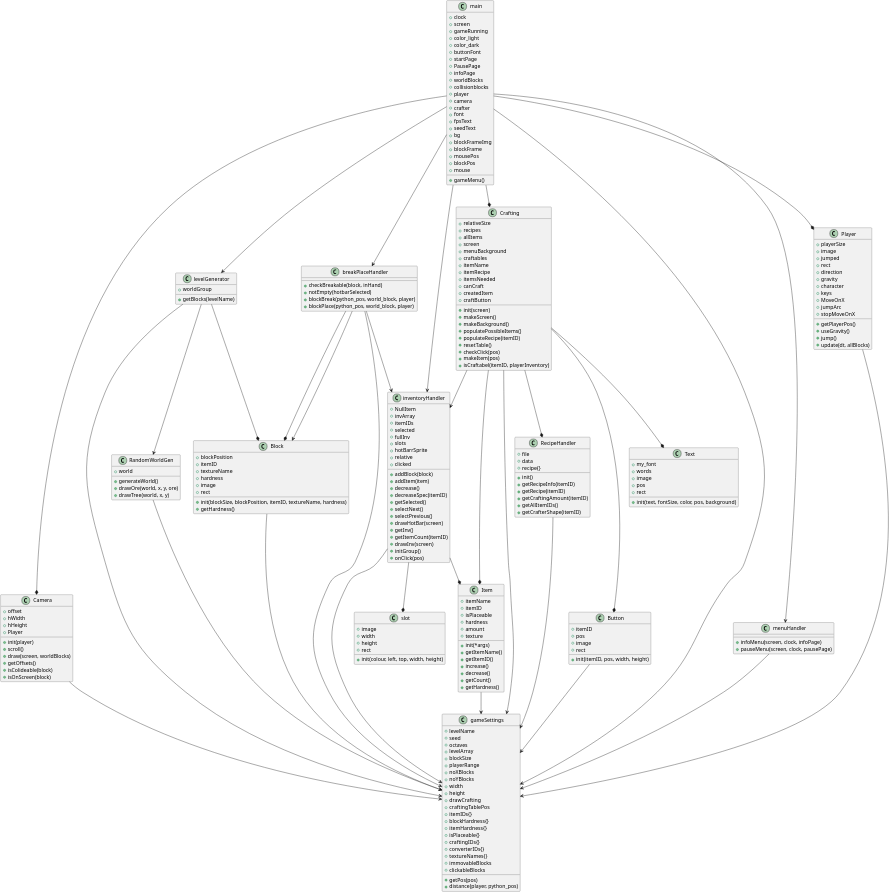
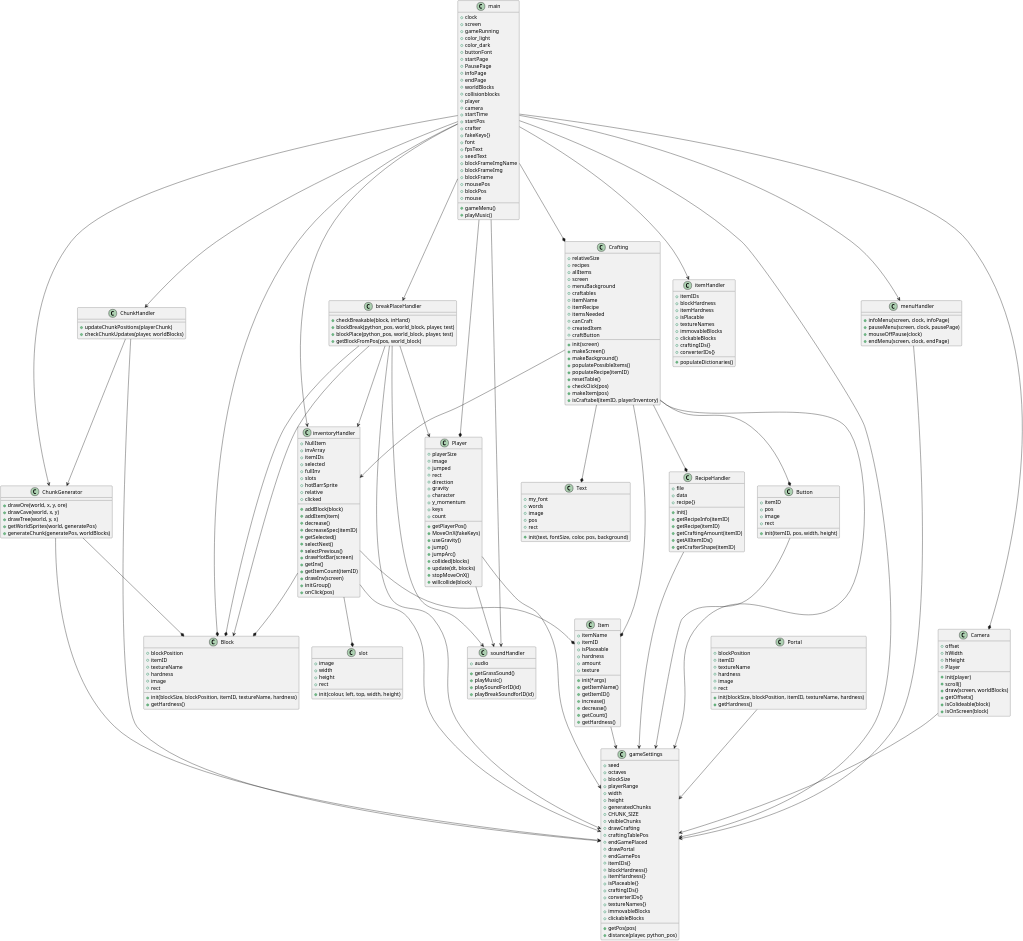
The diagram in Diagrams/Class.puml (2333263/ScrumDogMillionaires), drawn with PlantUML before and after one commit. The commit also changed 5 other files, not shown here.

Commit message:
Updated the class diagram and took out unused imports

```diff
--- a/Diagrams/Class.puml
+++ b/Diagrams/Class.puml
@@ -14,9 +14,9 @@
 
 class breakPlaceHandler {
     +checkBreakable(block, inHand)
-    +notEmpty(hotbarSelected)
-    +blockBreak(python_pos, world_block, player)
-    +blockPlace(python_pos, world_block, player)
+    +blockBreak(python_pos, world_block, player, test)
+    +blockPlace(python_pos, world_block, player, test)
+    +getBlockFromPos(pos, world_block)
 }
 
 class Camera {
@@ -30,6 +30,19 @@
     +getOffsets()
     +isColideable(block)
     +isOnScreen(block)
+}
+
+class ChunkGenerator {
+    +drawOre(world, x, y, ore)
+    +drawCave(world, x, y)
+    +drawTree(world, y, x)
+    +getWorldSprites(world, generatePos)
+    +generateChunk(generatePos, worldBlocks)
+}
+
+class ChunkHandler {
+    +updateChunkPositions(playerChunk)
+    +checkChunkUpdates(player, worldBlocks)
 }
 
 class Button {
@@ -65,18 +78,20 @@
 }
 
 class gameSettings {
-    +levelName
-    +seed 
-    +octaves
-    +levelArray
-    +blockSize
-    +playerRange
-    +noXBlocks
-    +noYBlocks
-    +width
-    +height
-    +drawCrafting
-    +craftingTablePos
+    +seed
+    +octaves 
+    +blockSize 
+    +playerRange 
+    +width 
+    +height 
+    +generatedChunks 
+    +CHUNK_SIZE 
+    +visibleChunks
+    +drawCrafting 
+    +craftingTablePos 
+    +endGamePlaced 
+    +drawPortal 
+    +endGamePos 
     +getPos(pos)
     +distance(player, python_pos)
     +itemIDs{}
@@ -140,9 +155,17 @@
     +getHardness()
 }
 
-class levelGenerator {
-    +worldGroup
-    +getBlocks(levelName)
+class itemHandler {
+    +itemIDs
+    +blockHardness 
+    +itemHardness 
+    +isPlacable 
+    +textureNames 
+    +immovableBlocks
+    +clickableBlocks
+    +craftingIDs{}
+    +converterIDs{}
+    +populateDictionaries()
 }
 
 class main {
@@ -155,26 +178,33 @@
     +startPage
     +PausePage
     +infoPage
+    +endPage
     +worldBlocks
     +collisionblocks
     +player
     +camera
+    +startTime 
+    +startPos
     +crafter
+    +fakeKeys{}
     +font
     +fpsText
     +seedText
-    +bg
+    +blockFrameImgName
     +blockFrameImg
     +blockFrame 
     +mousePos
     +blockPos 
     +mouse
     +gameMenu()
+    +playMusic()
 }
 
 class menuHandler {
     +infoMenu(screen, clock, infoPage)
     +pauseMenu(screen, clock, pausePage)
+    +mouseOffPause(clock)
+    +endMenu(screen, clock, endPage)
 }
 
 class Player {
@@ -185,21 +215,29 @@
     +direction
     +gravity
     +character
+    +y_momentum
     +keys
+    +count
     +getPlayerPos()
-    +MoveOnX
+    +MoveOnX(fakeKeys)
     +useGravity()
     +jump()
-    +jumpArc
-    +update(dt, allBlocks)
-    +stopMoveOnX
+    +jumpArc()
+    +collided(blocks)
+    +update(dt, blocks)
+    +stopMoveOnX()
+    +willcollide(block)
 }
 
-class RandomWorldGen {
-    +world
-    +generateWorld()
-    +drawOre(world, x, y, ore)
-    +drawTree(world, x, y)
+class Portal {
+    +blockPosition 
+    +itemID 
+    +textureName 
+    +hardness 
+    +image 
+    +rect 
+    +init(blockSize, blockPosition, itemID, textureName, hardness)
+    +getHardness()
 }
 
 class RecipeHandler {
@@ -212,6 +250,14 @@
     +getCraftingAmount(itemID)
     +getAllItemIDs()
     +getCrafterShape(itemID)
+}
+
+class soundHandler {
+    +audio 
+    +getGrassSound()
+    +playMusic()
+    +playSoundForID(id)
+    +playBreakSoundforID(id)
 }
 
 class Text {
@@ -227,20 +273,30 @@
 main --* Player
 main --* Camera
 main --* Crafting
+main --* Block
 main --> gameSettings
-main --> levelGenerator
 main --> breakPlaceHandler
 main --> inventoryHandler
+main --> ChunkGenerator
+main --> ChunkHandler
 main --> menuHandler
-
-Block --> gameSettings
+main --> soundHandler
+main --> itemHandler
 
 breakPlaceHandler --* Block
 breakPlaceHandler --> Block
 breakPlaceHandler --> gameSettings
 breakPlaceHandler --> inventoryHandler
+breakPlaceHandler --> soundHandler
+breakPlaceHandler --> Player
 
 Camera --> gameSettings
+
+ChunkGenerator --> gameSettings
+ChunkGenerator --* Block
+
+ChunkHandler --> gameSettings
+ChunkHandler --> ChunkGenerator
 
 Button --> gameSettings
 
@@ -253,19 +309,17 @@
 
 inventoryHandler --* Item
 inventoryHandler --* slot
+inventoryHandler --* Block
 inventoryHandler --> gameSettings
 
 Item --> gameSettings
 
-levelGenerator --* Block
-levelGenerator --> gameSettings
-levelGenerator --> RandomWorldGen
-
 menuHandler --> gameSettings
 
 Player --> gameSettings
+Player --> soundHandler
 
-RandomWorldGen --> gameSettings
+Portal --> gameSettings
 
 RecipeHandler --> gameSettings
 @enduml
```
